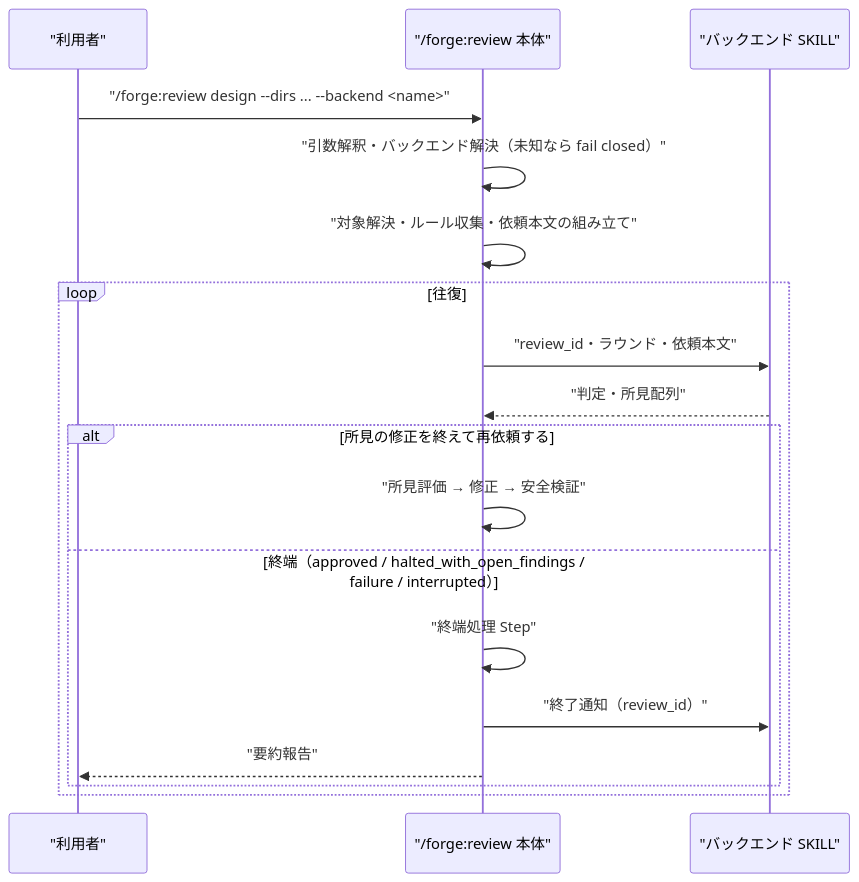
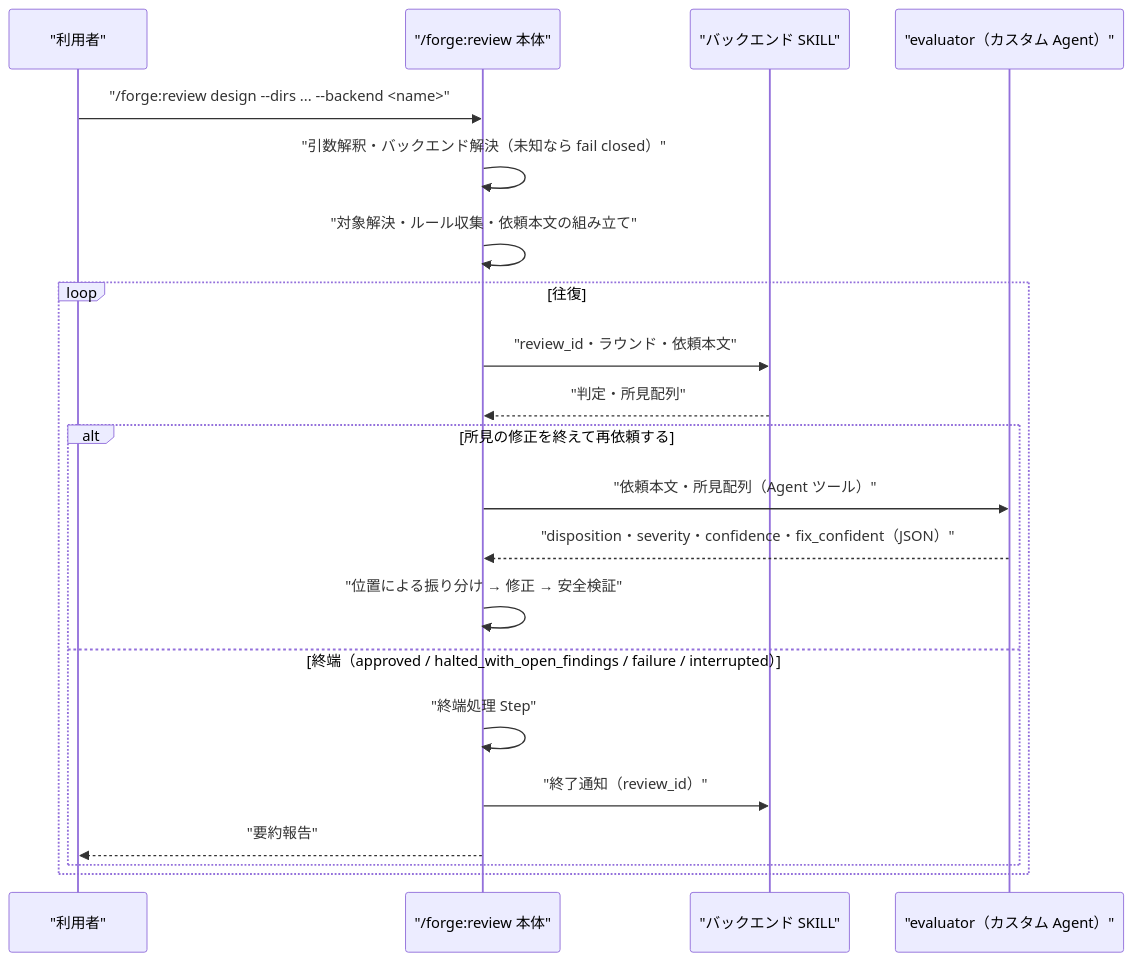
One commit to BlueEventHorizon/bw-cc-plugins changed the second of 2 diagrams in docs/specs/forge/design/DES-066_review_body_design.md. Above: the diagram before and after it, drawn with Mermaid. The commit also changed other lines of this file and 3 other files, not shown here.

````diff
--- a/docs/specs/forge/design/DES-066_review_body_design.md
+++ b/docs/specs/forge/design/DES-066_review_body_design.md
@@ -312,21 +321,24 @@
 ```mermaid
 sequenceDiagram
     participant U as "利用者"
     participant B as "/forge:review 本体"
     participant K as "バックエンド SKILL"
+    participant E as "evaluator（カスタム Agent）"
 
     U->>B: "/forge:review design --dirs ... --backend <name>"
     B->>B: "引数解釈・バックエンド解決（未知なら fail closed）"
     B->>B: "対象解決・ルール収集・依頼本文の組み立て"
     loop 往復
         B->>K: "review_id・ラウンド・依頼本文"
         K-->>B: "判定・所見配列"
         alt 所見の修正を終えて再依頼する
-            B->>B: "所見評価 → 修正 → 安全検証"
+            B->>E: "依頼本文・所見配列（Agent ツール）"
+            E-->>B: "disposition・severity・confidence・fix_confident（JSON）"
+            B->>B: "位置による振り分け → 修正 → 安全検証"
         else 終端（approved / halted_with_open_findings / failure / interrupted）
             B->>B: "終端処理 Step"
             B->>K: "終了通知（review_id）"
             B-->>U: "要約報告"
         end
     end
 ```
````
